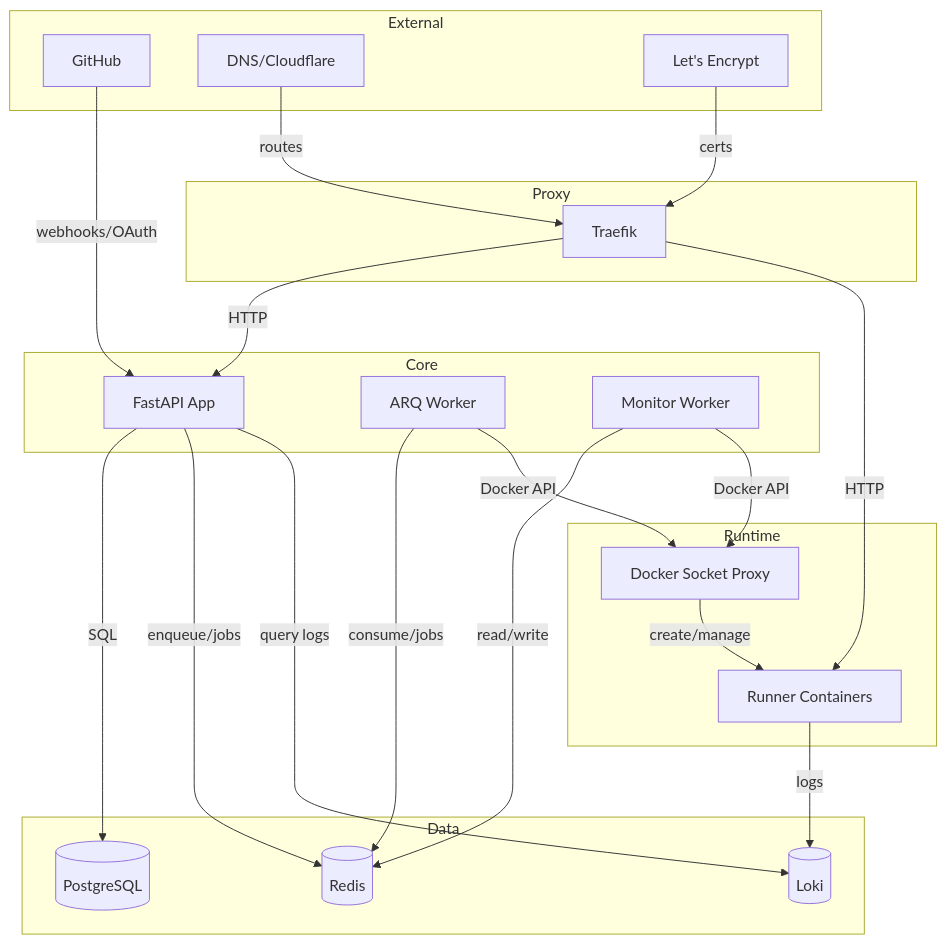
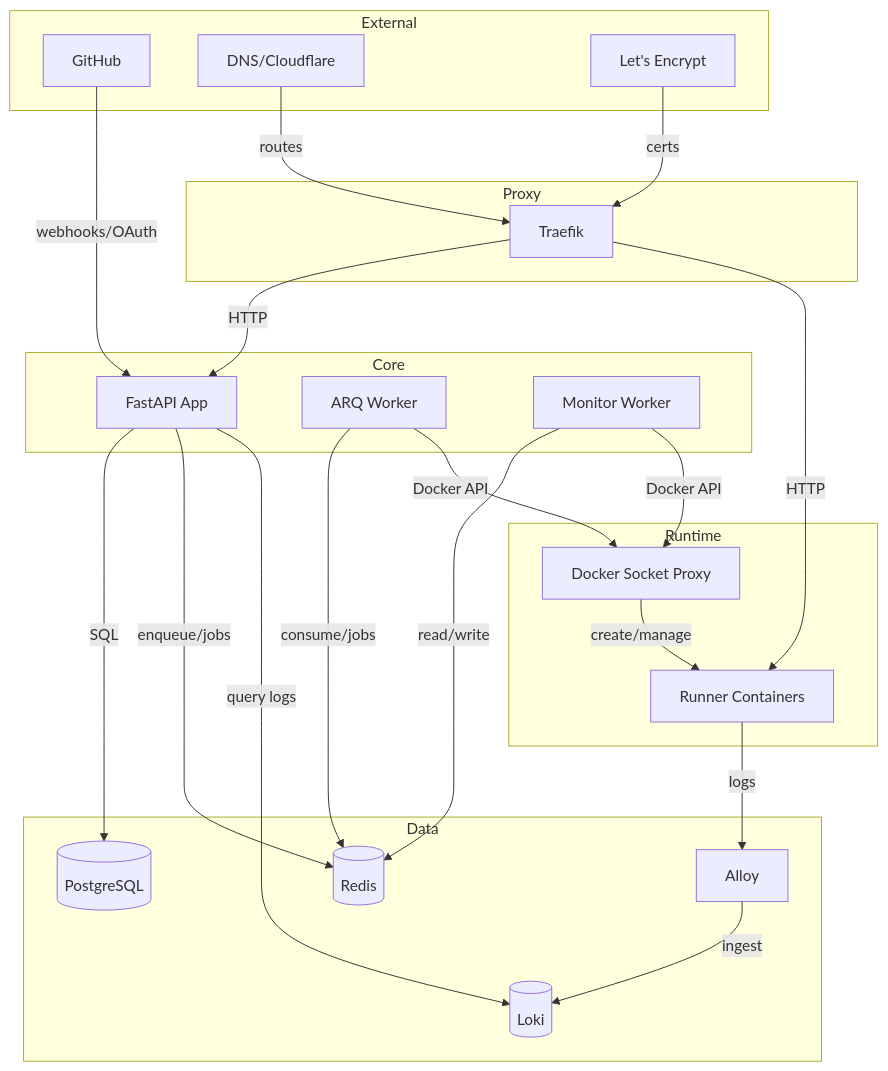
The first of 2 diagrams in ARCHITECTURE.md (hunvreus/devpush), drawn with Mermaid before and after one commit. The commit also changed other lines of this file and 52 other files, not shown here.

````diff
--- a/ARCHITECTURE.md
+++ b/ARCHITECTURE.md
@@ -36,44 +37,46 @@
 ```mermaid
 flowchart TB
   subgraph External
     GH[GitHub]
     DNS[DNS/Cloudflare]
     ACME[Let's Encrypt]
   end
 
   subgraph Proxy
     T[Traefik]
   end
 
   subgraph Core
     A[FastAPI App]
     W[ARQ Worker]
     M[Monitor Worker]
   end
 
   subgraph Data
     PG[(PostgreSQL)]
     R[(Redis)]
+    AL[Alloy]
     L[(Loki)]
   end
 
   subgraph Runtime
     DP[Docker Socket Proxy]
     RC[Runner Containers]
   end
 
   GH -- webhooks/OAuth --> A
   DNS -- routes --> T
   ACME -- certs --> T
   T -- HTTP --> A
   T -- HTTP --> RC
   A -- SQL --> PG
   A -- enqueue/jobs --> R
   W -- consume/jobs --> R
   M -- read/write --> R
   W -- Docker API --> DP
   M -- Docker API --> DP
   DP -- create/manage --> RC
-  RC -- logs --> L
+  RC -- logs --> AL
+  AL -- ingest --> L
   A -- query logs --> L
 ```
````
